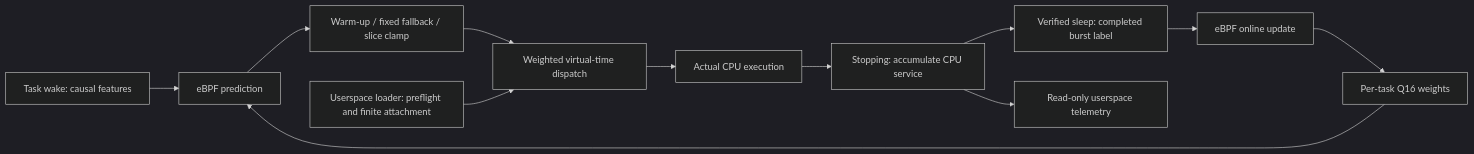
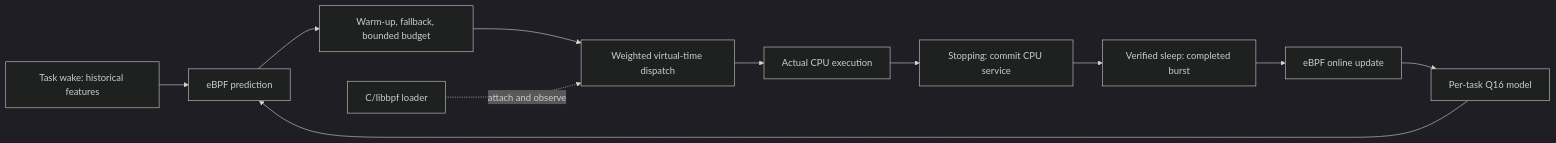
Before and after one commit to Denny-Lin/lertick: the diagram in README.md, drawn with Mermaid (dark theme). The commit also changed other lines of this file and 8 other files, not shown here.

````diff
--- a/README.md
+++ b/README.md
@@ -47,14 +45,13 @@
 ```mermaid
 flowchart LR
-    W[Task wake: causal features] --> P[eBPF prediction]
-    M[Per-task Q16 weights] --> P
-    P --> C[Warm-up / fixed fallback / slice clamp]
-    C --> D[Weighted virtual-time dispatch]
+    W[Task wake: historical features] --> P[eBPF prediction]
+    M[Per-task Q16 model] --> P
+    P --> B[Warm-up, fallback, bounded budget]
+    B --> D[Weighted virtual-time dispatch]
     D --> R[Actual CPU execution]
-    R --> S[Stopping: accumulate CPU service]
-    S --> Q[Verified sleep: completed burst label]
+    R --> S[Stopping: commit CPU service]
+    S --> Q[Verified sleep: completed burst]
     Q --> T[eBPF online update]
     T --> M
-    L[Userspace loader: preflight and finite attachment] --> D
-    S --> O[Read-only userspace telemetry]
+    L[C/libbpf loader] -. attach and observe .-> D
 ```
````
